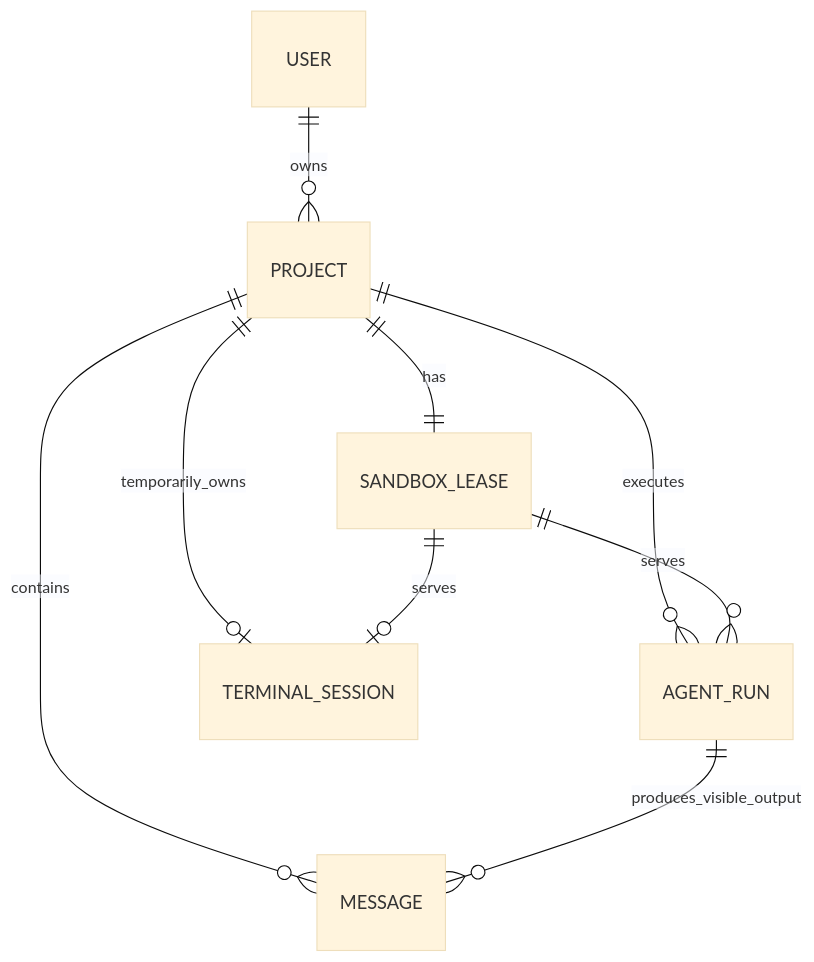
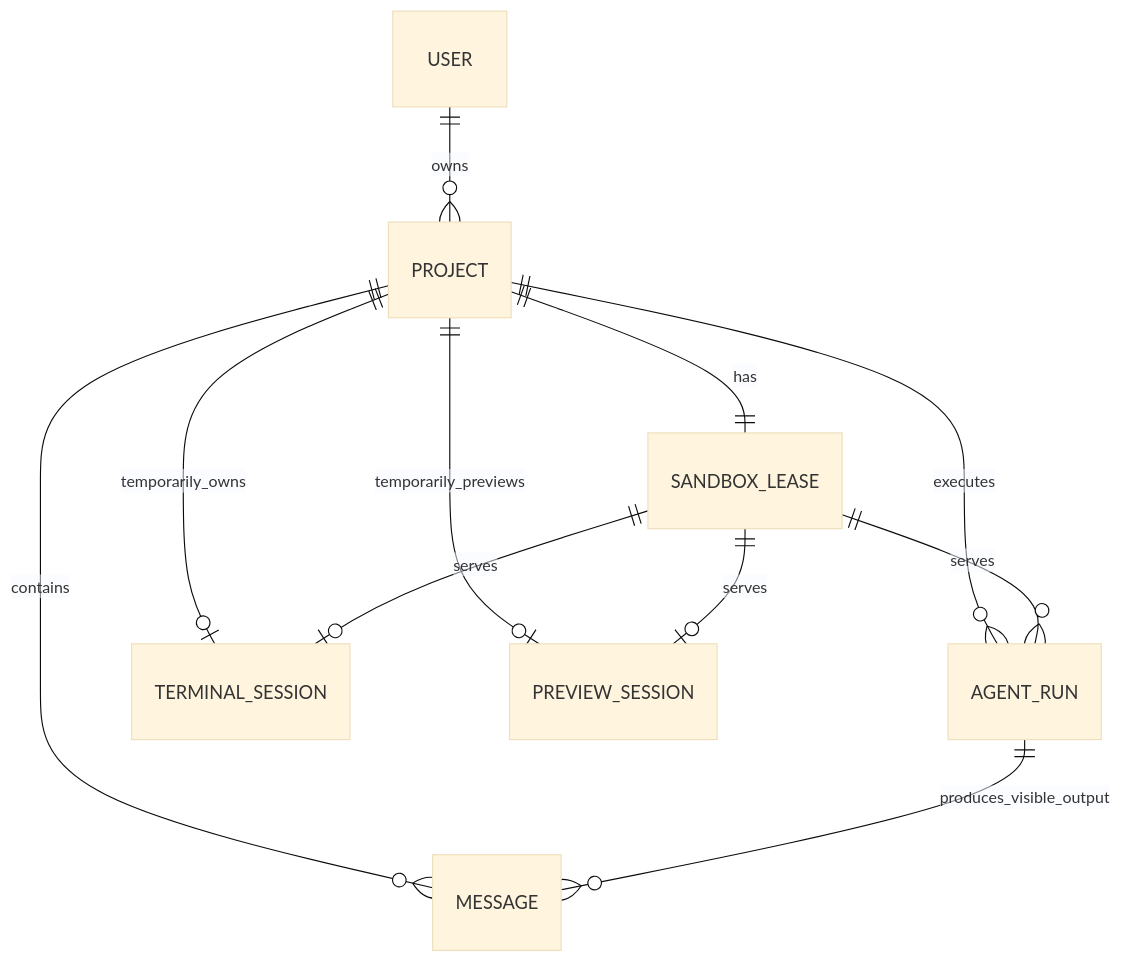
Before and after one commit to DeyunMa/agent-online: the diagram in CONTEXT.md, drawn with Mermaid (base theme). The commit also changed other lines of this file and 21 other files, not shown here.

````diff
--- a/CONTEXT.md
+++ b/CONTEXT.md
@@ -29,11 +30,13 @@
 ```mermaid
 erDiagram
     USER ||--o{ PROJECT : owns
     PROJECT ||--o{ MESSAGE : contains
     PROJECT ||--|| SANDBOX_LEASE : has
     PROJECT ||--o{ AGENT_RUN : executes
     PROJECT ||--o| TERMINAL_SESSION : temporarily_owns
+    PROJECT ||--o| PREVIEW_SESSION : temporarily_previews
     SANDBOX_LEASE ||--o{ AGENT_RUN : serves
     SANDBOX_LEASE ||--o| TERMINAL_SESSION : serves
+    SANDBOX_LEASE ||--o| PREVIEW_SESSION : serves
     AGENT_RUN ||--o{ MESSAGE : produces_visible_output
 ```
````
